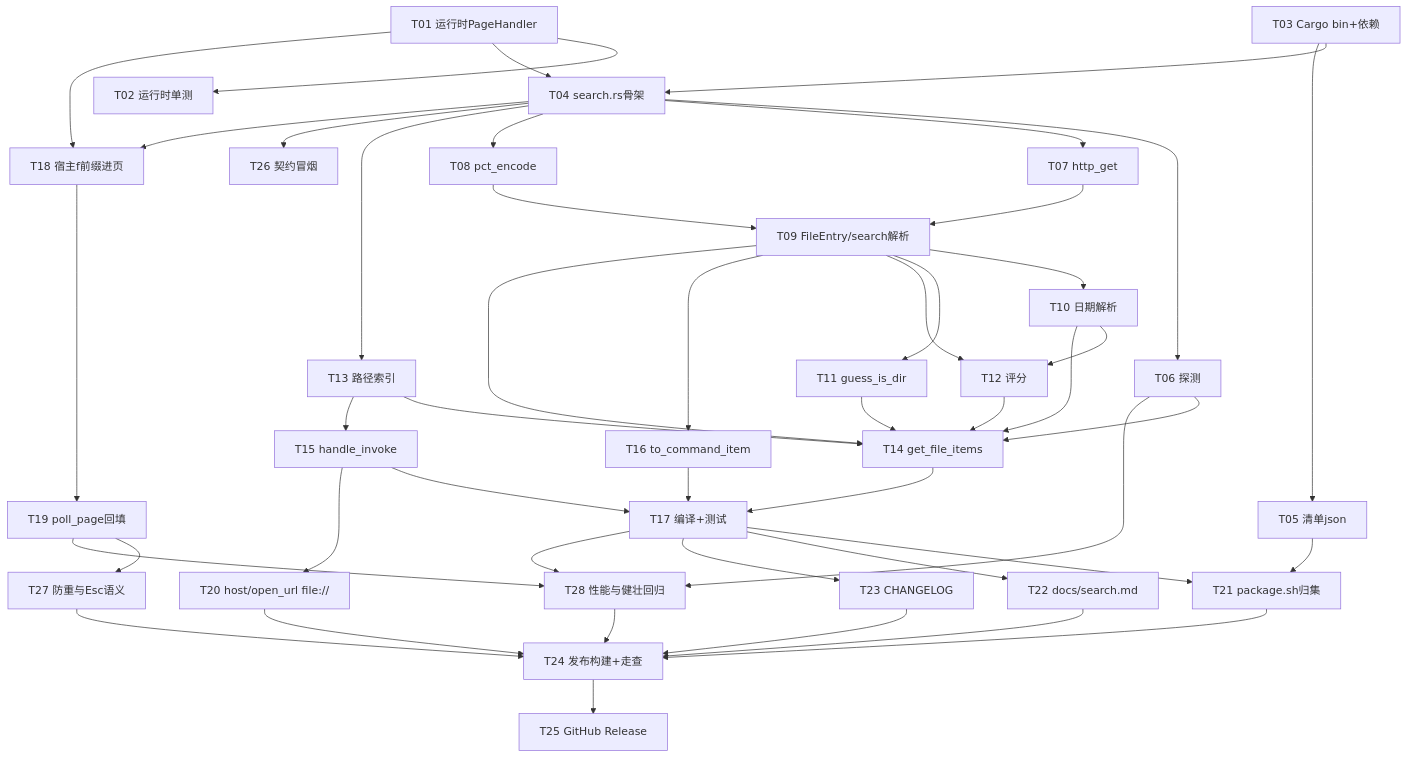
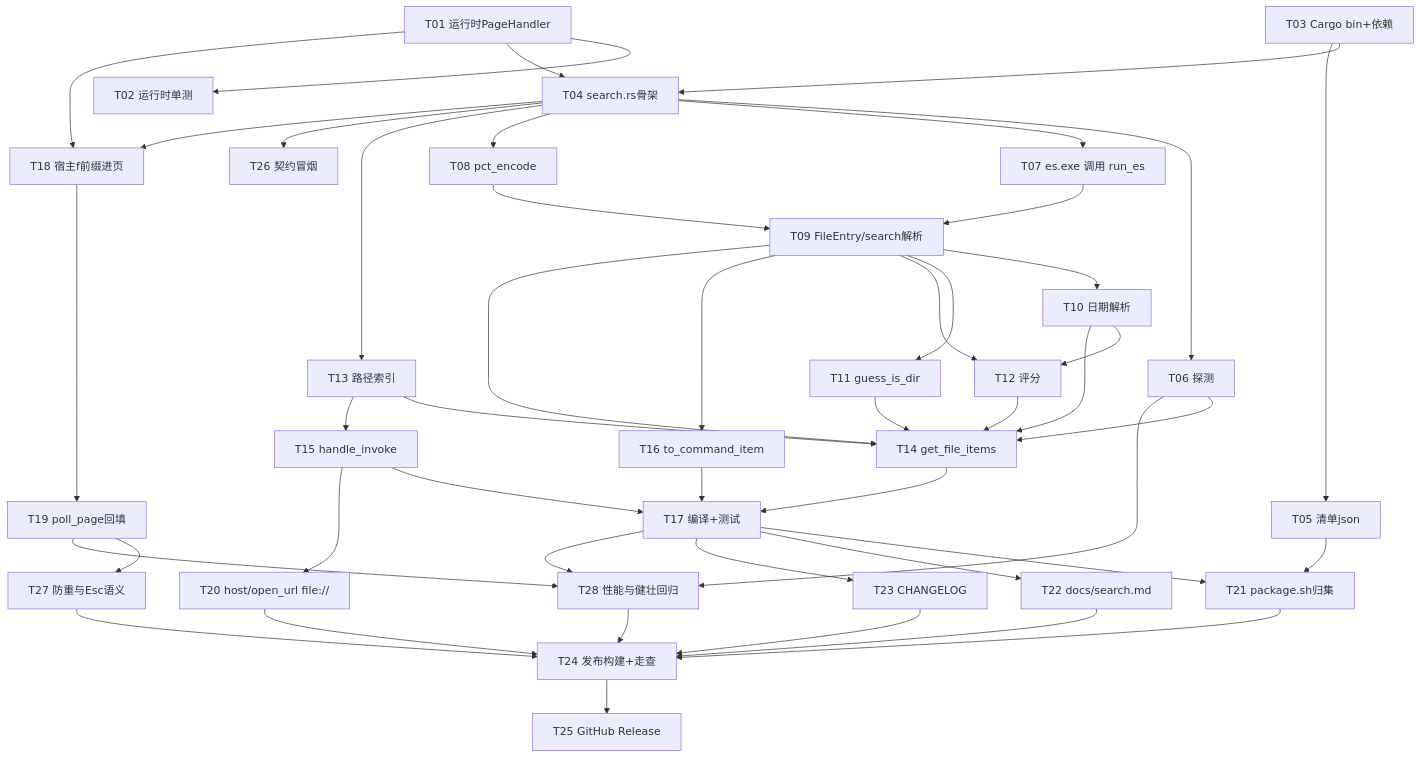
Before and after one commit to Yang-SH/dd-run: the third of 3 diagrams in docs/search-file.md, drawn with Mermaid. The commit also changed other lines of this file and 3 other files, not shown here.

````diff
--- a/docs/search-file.md
+++ b/docs/search-file.md
@@ -506,48 +508,48 @@
 ```mermaid
 graph TD
     T01[T01 运行时PageHandler] --> T02[T02 运行时单测]
     T01 --> T04[T04 search.rs骨架]
     T03[T03 Cargo bin+依赖] --> T04
     T03 --> T05[T05 清单json]
     T04 --> T06[T06 探测]
-    T04 --> T07[T07 http_get]
+    T04 --> T07[T07 es.exe 调用 run_es]
     T04 --> T08[T08 pct_encode]
     T04 --> T13[T13 路径索引]
     T04 --> T26[T26 契约冒烟]
     T07 --> T09[T09 FileEntry/search解析]
     T08 --> T09
     T09 --> T10[T10 日期解析]
     T09 --> T11[T11 guess_is_dir]
     T09 --> T12[T12 评分]
     T10 --> T12
     T09 --> T16[T16 to_command_item]
     T06 --> T14[T14 get_file_items]
     T09 --> T14
     T10 --> T14
     T11 --> T14
     T12 --> T14
     T13 --> T14
     T13 --> T15[T15 handle_invoke]
     T14 --> T17[T17 编译+测试]
     T15 --> T17
     T16 --> T17
     T04 --> T18[T18 宿主f前缀进页]
     T01 --> T18
     T18 --> T19[T19 poll_page回填]
     T19 --> T27[T27 防重与Esc语义]
     T15 --> T20[T20 host/open_url file://]
     T17 --> T21[T21 package.sh归集]
     T05 --> T21
     T17 --> T22[T22 docs/search.md]
     T17 --> T23[T23 CHANGELOG]
     T21 --> T24[T24 发布构建+走查]
     T20 --> T24
     T22 --> T24
     T23 --> T24
     T17 --> T28[T28 性能与健壮回归]
     T06 --> T28
     T19 --> T28
     T27 --> T24
     T28 --> T24
     T24 --> T25[T25 GitHub Release]
 ```
````
